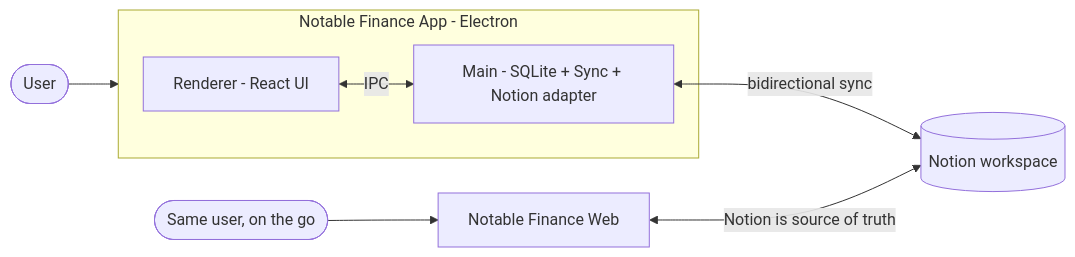
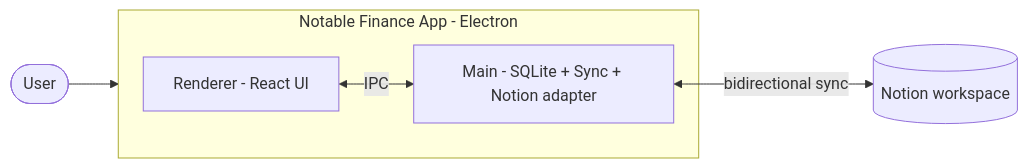
One commit to work-w-chrstnrpj/Notable_Finance changed the first of 7 diagrams in wiki/desktop/diagrams.md. Above: the diagram before and after it, drawn with Mermaid. The commit also changed 3565 other files, not shown here.

````diff
--- a/wiki/desktop/diagrams.md
+++ b/wiki/desktop/diagrams.md
@@ -7,12 +7,10 @@
 ```mermaid
 flowchart LR
   user([User]) --> app
   subgraph app[Notable Finance App - Electron]
     r[Renderer - React UI]
     m[Main - SQLite + Sync + Notion adapter]
     r <-- IPC --> m
   end
   m <-- bidirectional sync --> notion[(Notion workspace)]
-  webuser([Same user, on the go]) --> web[Notable Finance Web]
-  web <-- Notion is source of truth --> notion
 ```
````
